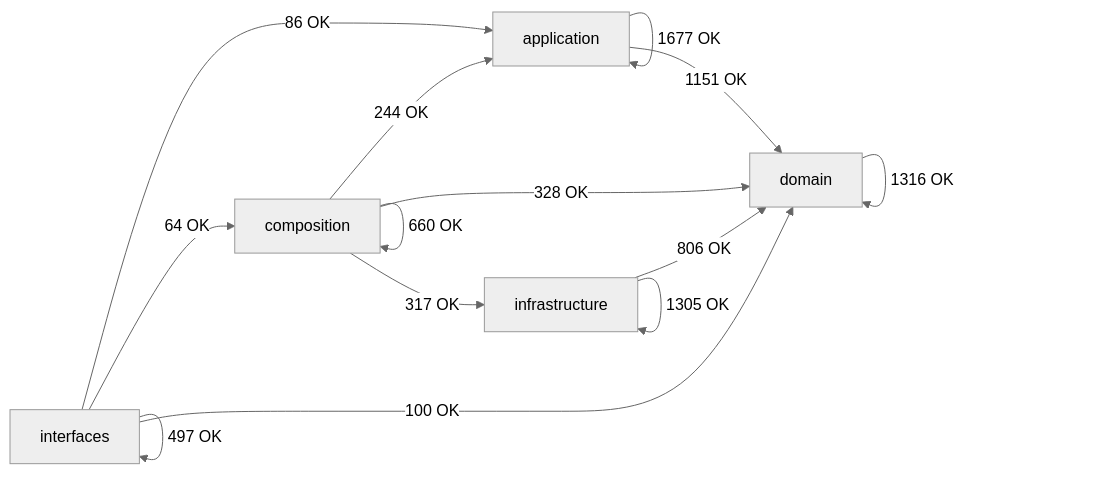
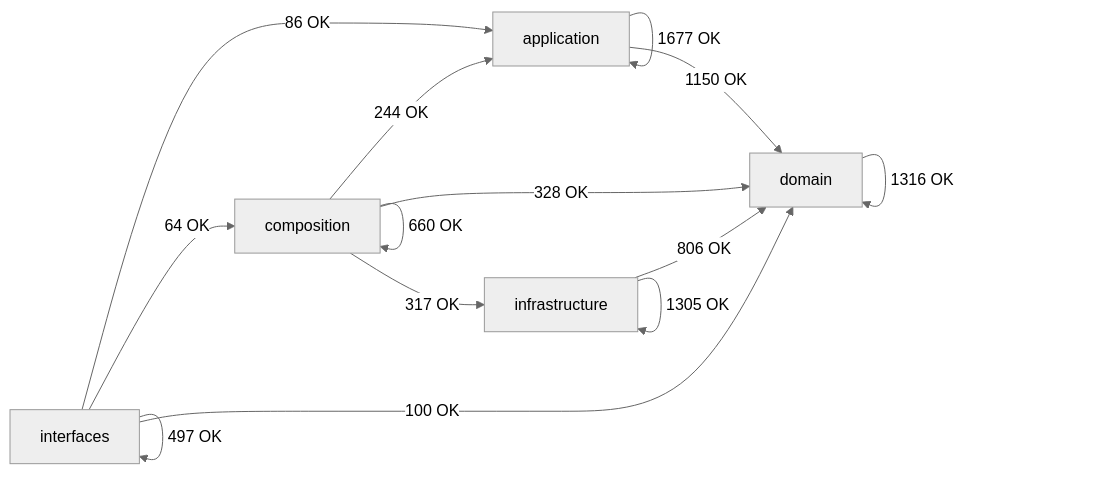
One commit to SatoryKono/BioactivityDataAcquisition changed the diagram in docs/02-architecture/generated/module-dependency-map.md. Above: the diagram before and after it, drawn with Mermaid (neutral theme). The commit also changed other lines of this file and 29 other files, not shown here.

````diff
--- a/docs/02-architecture/generated/module-dependency-map.md
+++ b/docs/02-architecture/generated/module-dependency-map.md
@@ -17,21 +17,21 @@
 ```mermaid
 flowchart LR
     domain[domain]
     application[application]
     infrastructure[infrastructure]
     composition[composition]
     interfaces[interfaces]
     application -->|1677 OK| application
-    application -->|1151 OK| domain
+    application -->|1150 OK| domain
     composition -->|244 OK| application
     composition -->|660 OK| composition
     composition -->|328 OK| domain
     composition -->|317 OK| infrastructure
     domain -->|1316 OK| domain
     infrastructure -->|806 OK| domain
     infrastructure -->|1305 OK| infrastructure
     interfaces -->|86 OK| application
     interfaces -->|64 OK| composition
     interfaces -->|100 OK| domain
     interfaces -->|497 OK| interfaces
 ```
````
